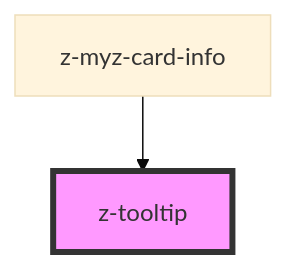
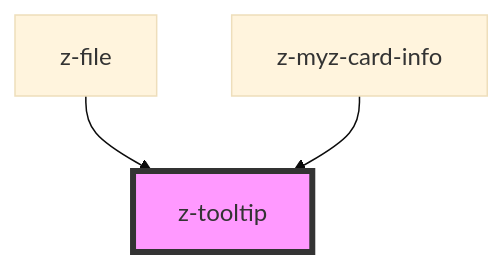
The diagram in src/components/notification/z-tooltip/readme.md (ZanichelliEditore/design-system), drawn with Mermaid (base theme) before and after one commit. The commit also changed other lines of this file and 11 other files, not shown here.

````diff
--- a/src/components/notification/z-tooltip/readme.md
+++ b/src/components/notification/z-tooltip/readme.md
@@ -55,5 +56,6 @@
 ```mermaid
 graph TD;
+  z-file --> z-tooltip
   z-myz-card-info --> z-tooltip
   style z-tooltip fill:#f9f,stroke:#333,stroke-width:4px
 ```
````
